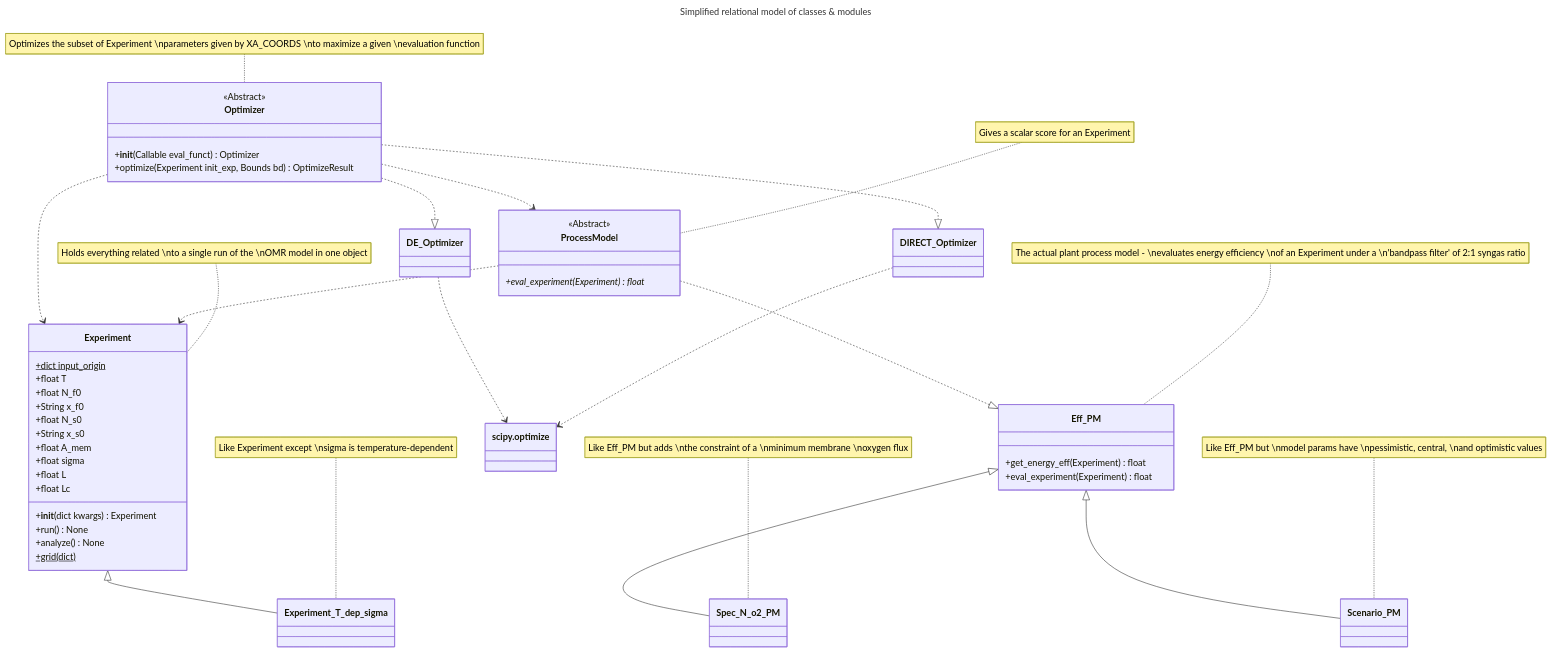
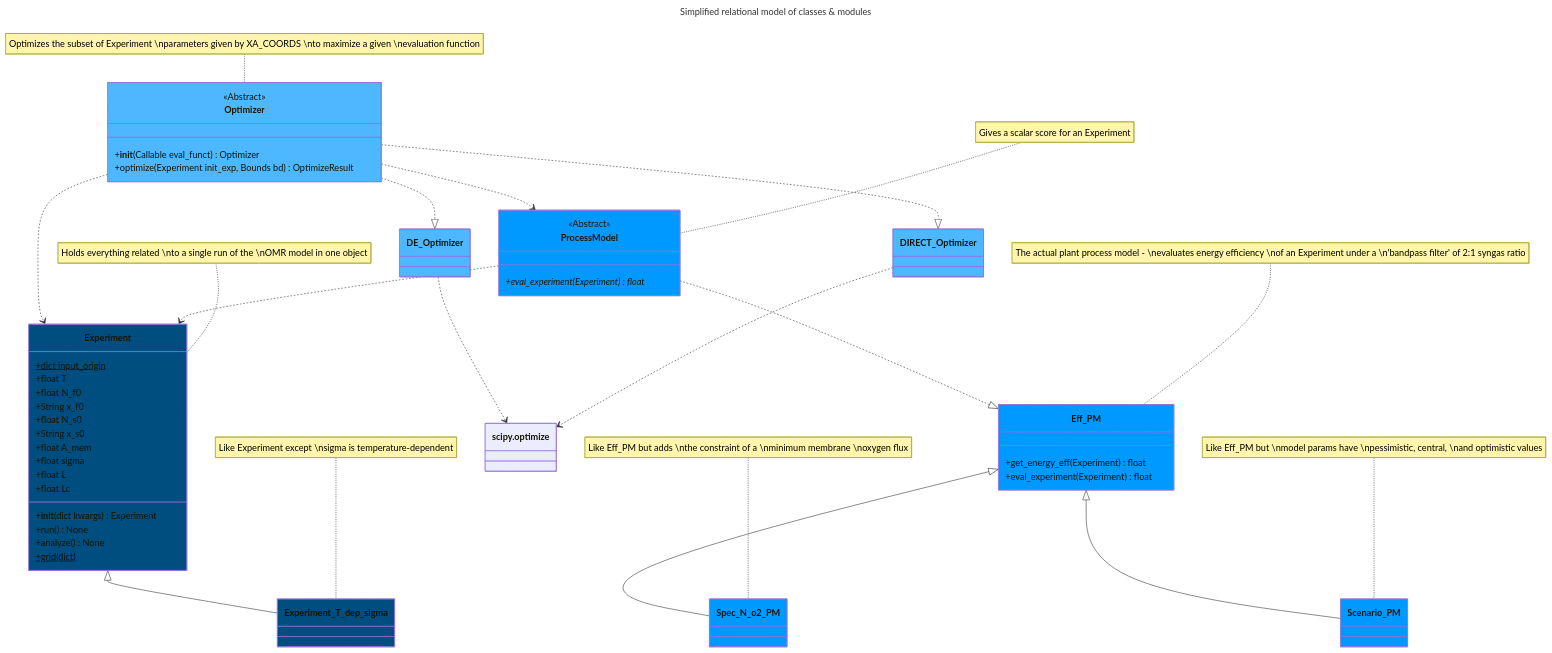
One commit to S-278/Oxygen-Membrane-Reactor-Modelling changed the diagram in README.md. Above: the diagram before and after it, drawn with Mermaid.

Commit message:
Update README.md with colors for the relational diagram

````diff
--- a/README.md
+++ b/README.md
@@ -26,55 +26,64 @@
 ```mermaid
 ---
 title: Simplified relational model of classes & modules
 ---
 classDiagram
 class Experiment{
   +dict input_origin$
   +float T
   +float N_f0
   +String x_f0
   +float N_s0
   +String x_s0
   +float A_mem
   +float sigma
   +float L
   +float Lc
   +__init__(dict kwargs) Experiment
   +run() None
   +analyze() None
   +grid(dict)$ 
 }
+style Experiment fill:#004d80
 note for Experiment "Holds everything related \nto a single run of the \nOMR model in one object"
 Experiment <|-- Experiment_T_dep_sigma
+style Experiment_T_dep_sigma fill:#004d80
 note for Experiment_T_dep_sigma "Like Experiment except \nsigma is temperature-dependent"
 
 class ProcessModel {
   <<Abstract>>
   +eval_experiment(Experiment)* float
 }
+style ProcessModel fill:#0099ff
 note for Process Model "Gives a scalar score for an Experiment"
 ProcessModel ..> Experiment
 class Eff_PM {
   +get_energy_eff(Experiment) float
   +eval_experiment(Experiment) float
 }
+style Eff_PM fill:#0099ff
 ProcessModel ..|> Eff_PM
 note for Eff_PM "The actual plant process model - \nevaluates energy efficiency \nof an Experiment under a \n'bandpass filter' of 2:1 syngas ratio"
 Eff_PM <|-- Spec_N_o2_PM
+style Spec_N_o2_PM fill:#0099ff
 note for Spec_N_o2_PM "Like Eff_PM but adds \nthe constraint of a \nminimum membrane \noxygen flux"
 Eff_PM <|-- Scenario_PM
+style Scenario_PM fill:#0099ff
 note for Scenario_PM "Like Eff_PM but \nmodel params have \npessimistic, central, \nand optimistic values"
 
 class Optimizer{
   <<Abstract>>
   +__init__(Callable eval_funct) Optimizer
   +optimize(Experiment init_exp, Bounds bd) OptimizeResult
 }
+style Optimizer fill:#4db8ff
 note for Optimizer "Optimizes the subset of Experiment \nparameters given by XA_COORDS \nto maximize a given \nevaluation function"
 Optimizer ..> ProcessModel
 Optimizer ..> Experiment
 Optimizer ..|> DIRECT_Optimizer
+style DIRECT_Optimizer fill:#4db8ff
 Optimizer ..|> DE_Optimizer
+style DE_Optimizer fill:#4db8ff
 DIRECT_Optimizer ..> scipy.optimize
 DE_Optimizer ..> scipy.optimize
 ```
````
